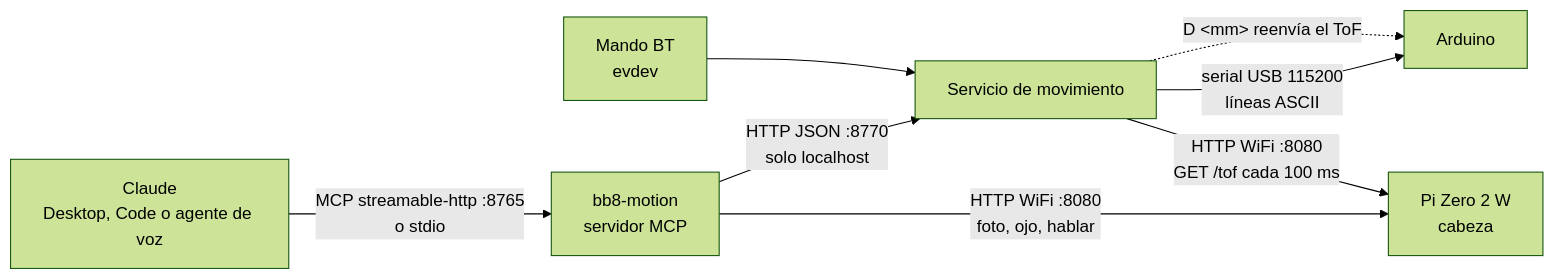
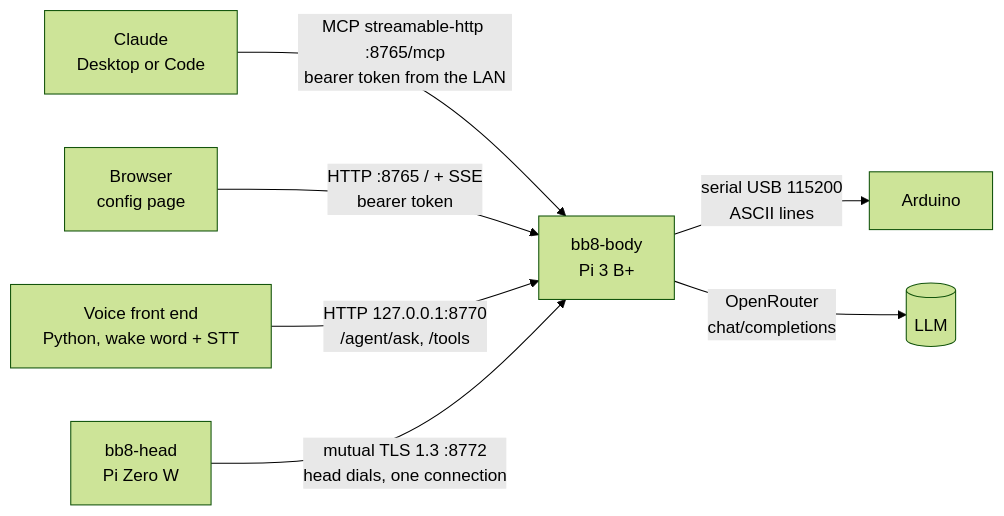
One commit to erickdsama/bb8 changed the diagram in wiki/Protocolo.md. Above: the diagram before and after it, drawn with Mermaid (forest theme). The commit also changed other lines of this file and 98 other files, not shown here.

First line of the commit message:
Port robot software to Go: bb8-body, bb8-head, secure link, config, agent

````diff
--- a/wiki/Protocolo.md
+++ b/wiki/Protocolo.md
@@ -11,10 +15,9 @@
 ```mermaid
 flowchart LR
-  CL[Claude<br/>Desktop, Code o agente de voz] -->|MCP streamable-http :8765<br/>o stdio| MCP[bb8-motion<br/>servidor MCP]
-  MCP -->|HTTP JSON :8770<br/>solo localhost| MS[Servicio de movimiento]
-  PAD[Mando BT<br/>evdev] --> MS
-  MS -->|serial USB 115200<br/>líneas ASCII| AR[Arduino]
-  MCP -->|HTTP WiFi :8080<br/>foto, ojo, hablar| Z[Pi Zero 2 W<br/>cabeza]
-  MS -->|HTTP WiFi :8080<br/>GET /tof cada 100 ms| Z
-  MS -.->|D &lt;mm&gt; reenvía el ToF| AR
+  CL[Claude<br/>Desktop or Code] -->|MCP streamable-http :8765/mcp<br/>bearer token from the LAN| B
+  WEB[Browser<br/>config page] -->|HTTP :8765 / + SSE<br/>bearer token| B
+  VOZ[Voice front end<br/>Python, wake word + STT] -->|HTTP 127.0.0.1:8770<br/>/agent/ask, /tools| B
+  B[bb8-body<br/>Pi 3 B+] -->|serial USB 115200<br/>ASCII lines| AR[Arduino]
+  H[bb8-head<br/>Pi Zero W] -->|mutual TLS 1.3 :8772<br/>head dials, one connection| B
+  B -->|OpenRouter<br/>chat/completions| OR[(LLM)]
 ```
````
